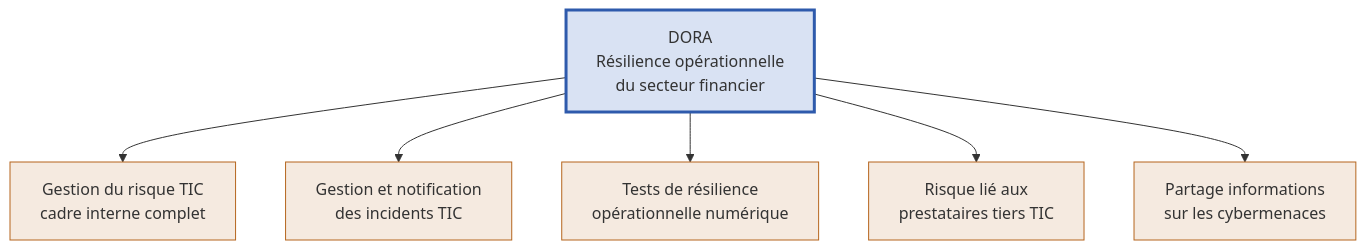
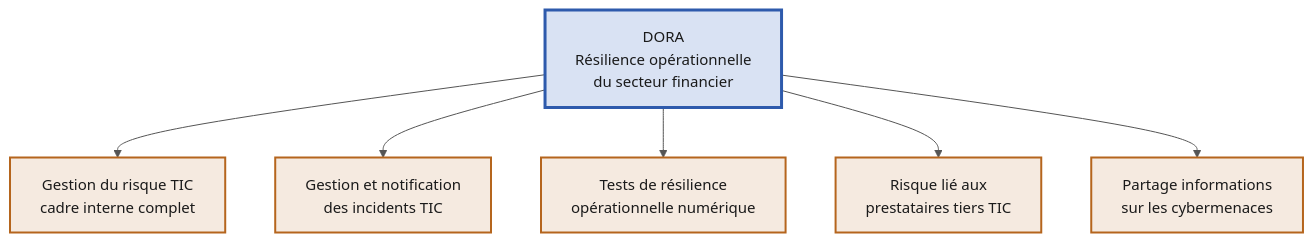
One commit to cchopin/Jedha-cybersec-fullstack changed the eighth of 10 diagrams in 12_governance_risk_compliance/grc.md. Above: the diagram before and after it, drawn with Mermaid. The commit also changed other lines of this file, not shown here.

````diff
--- a/12_governance_risk_compliance/grc.md
+++ b/12_governance_risk_compliance/grc.md
@@ -410,14 +417,15 @@
 ```mermaid
+%%{init: {'theme':'base', 'themeVariables': {'primaryColor':'#D9E2F3','primaryTextColor':'#1A1A1A','primaryBorderColor':'#2E5AAC','lineColor':'#555555','fontSize':'15px','textColor':'#1A1A1A','mainBkg':'#D9E2F3'}}}%%
 flowchart TD
     DORA[DORA<br/>Résilience opérationnelle<br/>du secteur financier] --> P1[Gestion du risque TIC<br/>cadre interne complet]
     DORA --> P2[Gestion et notification<br/>des incidents TIC]
     DORA --> P3[Tests de résilience<br/>opérationnelle numérique]
     DORA --> P4[Risque lié aux<br/>prestataires tiers TIC]
     DORA --> P5[Partage informations<br/>sur les cybermenaces]
-    style DORA fill:#D9E2F3,stroke:#2E5AAC,stroke-width:3px
-    style P1 fill:#F5EAE0,stroke:#B5651D
-    style P2 fill:#F5EAE0,stroke:#B5651D
-    style P3 fill:#F5EAE0,stroke:#B5651D
-    style P4 fill:#F5EAE0,stroke:#B5651D
-    style P5 fill:#F5EAE0,stroke:#B5651D
+    style DORA fill:#D9E2F3,stroke:#2E5AAC,color:#1A1A1A,stroke-width:3px
+    style P1 fill:#F5EAE0,stroke:#B5651D,color:#1A1A1A,stroke-width:2px
+    style P2 fill:#F5EAE0,stroke:#B5651D,color:#1A1A1A,stroke-width:2px
+    style P3 fill:#F5EAE0,stroke:#B5651D,color:#1A1A1A,stroke-width:2px
+    style P4 fill:#F5EAE0,stroke:#B5651D,color:#1A1A1A,stroke-width:2px
+    style P5 fill:#F5EAE0,stroke:#B5651D,color:#1A1A1A,stroke-width:2px
 ```
````
